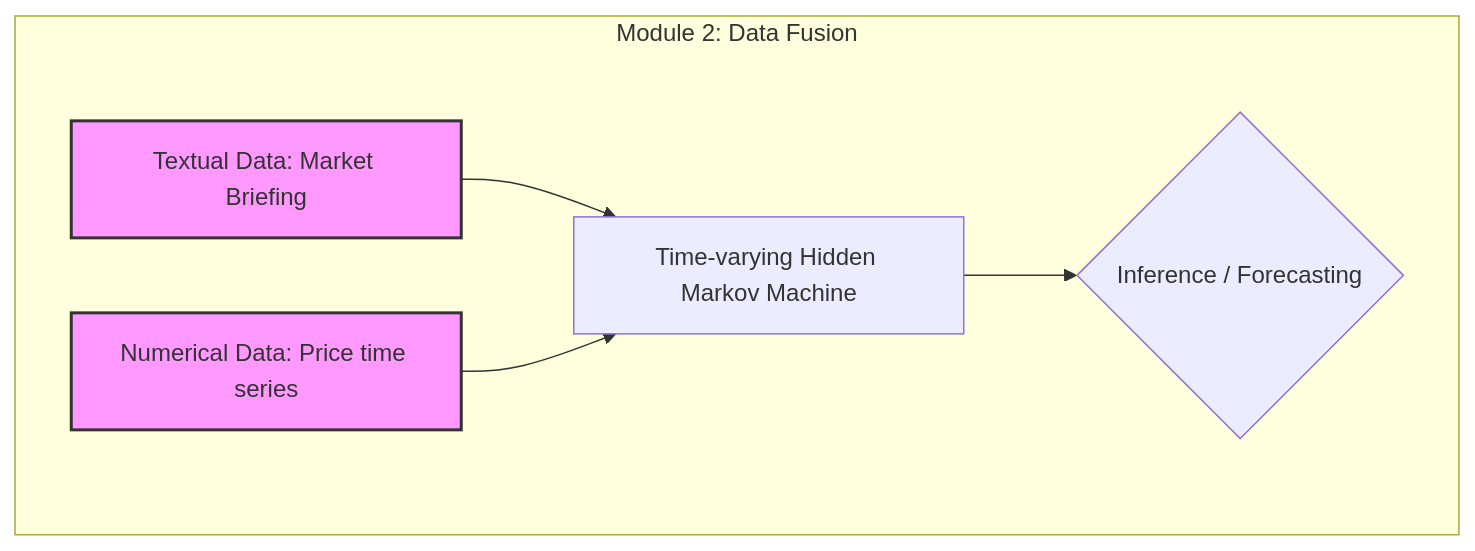
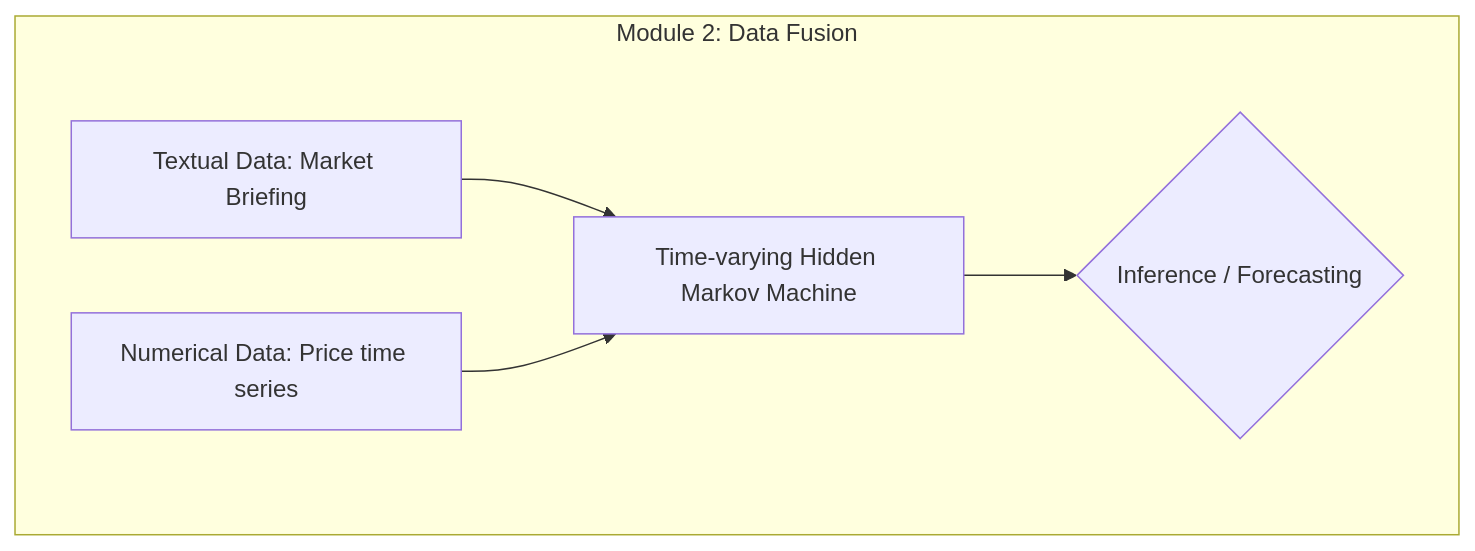
The second of 2 diagrams in docs/index.md (juwyang/UMCO), drawn with Mermaid before and after one commit. The commit also changed other lines of this file and 5 other files, not shown here.

```diff
--- a/docs/index.md
+++ b/docs/index.md
@@ -74,14 +116,12 @@
 <div class="mermaid">
 graph TD
 subgraph module2 [Module 2: Data Fusion]
 direction LR
 A[Textual Data: Market Briefing]
 B[Numerical Data: Price time series]
 C[Time-varying Hidden Markov Machine]
 A --> C
 B --> C
 C --> C_OUT{Inference / Forecasting}
-style A fill:#f9f,stroke:#333,stroke-width:2px
-style B fill:#f9f,stroke:#333,stroke-width:2px
 end
 </div>
```
